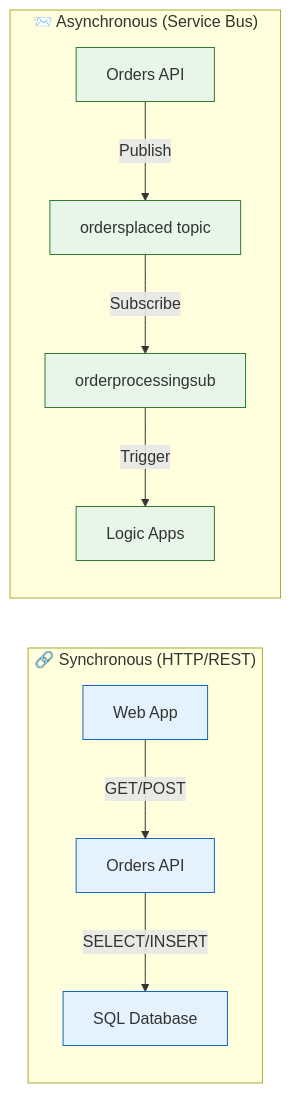
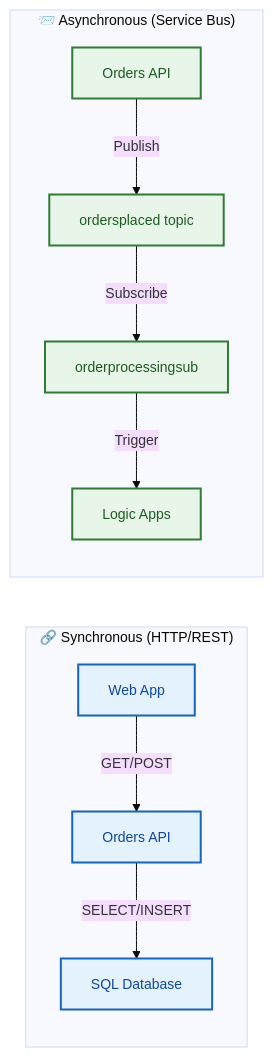
One commit to Evilazaro/Azure-LogicApps-Monitoring changed the fifth of 5 diagrams in docs/architecture/03-application-architecture.md. Above: the diagram before and after it, drawn with Mermaid. The commit also changed other lines of this file, not shown here.

Commit message:
Enhance application architecture documentation with improved Mermaid diagram styles and accessibility features

````diff
--- a/docs/architecture/03-application-architecture.md
+++ b/docs/architecture/03-application-architecture.md
@@ -281,19 +288,21 @@
 ```mermaid
+%%{init: {'theme': 'base', 'themeVariables': { 'fontSize': '14px'}}}%%
 flowchart LR
     subgraph Sync["🔗 Synchronous (HTTP/REST)"]
         Web["Web App"] -->|"GET/POST"| API["Orders API"]
         API -->|"SELECT/INSERT"| DB["SQL Database"]
     end
 
     subgraph Async["📨 Asynchronous (Service Bus)"]
         API2["Orders API"] -->|"Publish"| Topic["ordersplaced topic"]
         Topic -->|"Subscribe"| Sub["orderprocessingsub"]
         Sub -->|"Trigger"| LA["Logic Apps"]
     end
 
-    classDef sync fill:#e3f2fd,stroke:#1565c0
-    classDef async fill:#e8f5e9,stroke:#2e7d32
+    %% Accessible color palette for communication patterns
+    classDef sync fill:#e3f2fd,stroke:#1565c0,stroke-width:2px,color:#0d47a1
+    classDef async fill:#e8f5e9,stroke:#2e7d32,stroke-width:2px,color:#1b5e20
 
     class Web,API,DB sync
     class API2,Topic,Sub,LA async
 ```
````
